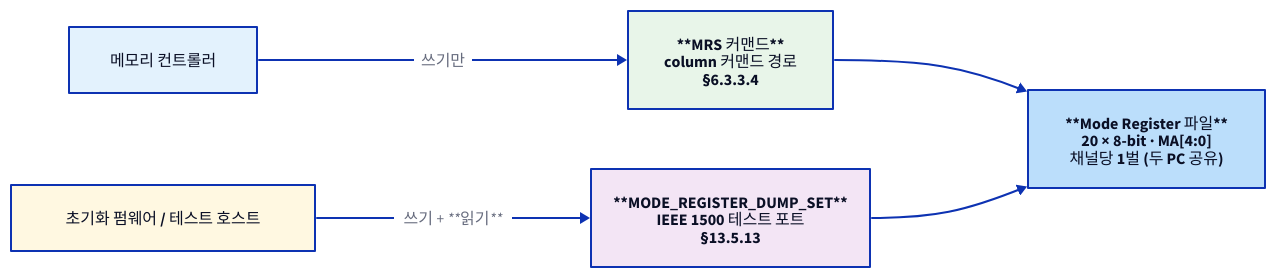
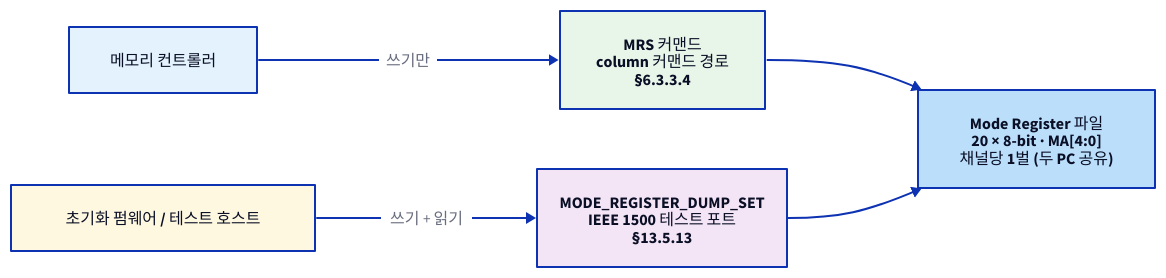
The diagram in starlight_site/src/content/docs/hbm4_jedec_dd/04_mode_registers.md (humbleowl39/DV_SKOOL), drawn with D2 before and after one commit. The commit also changed 714 other files, not shown here.

First line of the commit message:
fix(site): d2 다이어그램 가독성 결함 6종 일괄 수정

````diff
--- a/starlight_site/src/content/docs/hbm4_jedec_dd/04_mode_registers.md
+++ b/starlight_site/src/content/docs/hbm4_jedec_dd/04_mode_registers.md
@@ -175,16 +175,16 @@
 ```d2
 direction: right
 
 CTRL: "메모리 컨트롤러" { style.fill: "#e3f2fd"; style.font-color: "#0A0F25" }
 FW: "초기화 펌웨어 / 테스트 호스트" { style.fill: "#fff8e1"; style.font-color: "#0A0F25" }
 
-MRS: "**MRS 커맨드**\ncolumn 커맨드 경로\n§6.3.3.4" { style.fill: "#e8f5e9"; style.font-color: "#0A0F25" }
-IEEE: "**MODE_REGISTER_DUMP_SET**\nIEEE 1500 테스트 포트\n§13.5.13" { style.fill: "#f3e5f5"; style.font-color: "#0A0F25" }
+MRS: "MRS 커맨드\ncolumn 커맨드 경로\n§6.3.3.4" { style.fill: "#e8f5e9"; style.font-color: "#0A0F25" }
+IEEE: "MODE_REGISTER_DUMP_SET\nIEEE 1500 테스트 포트\n§13.5.13" { style.fill: "#f3e5f5"; style.font-color: "#0A0F25" }
 
-MR: "**Mode Register 파일**\n20 × 8-bit · MA[4:0]\n채널당 1벌 (두 PC 공유)" { style.fill: "#bbdefb"; style.font-color: "#0A0F25" }
+MR: "Mode Register 파일\n20 × 8-bit · MA[4:0]\n채널당 1벌 (두 PC 공유)" { style.fill: "#bbdefb"; style.font-color: "#0A0F25" }
 
 CTRL -> MRS: "쓰기만"
-FW -> IEEE: "쓰기 + **읽기**"
+FW -> IEEE: "쓰기 + 읽기"
 MRS -> MR
 IEEE -> MR
 ```
````
